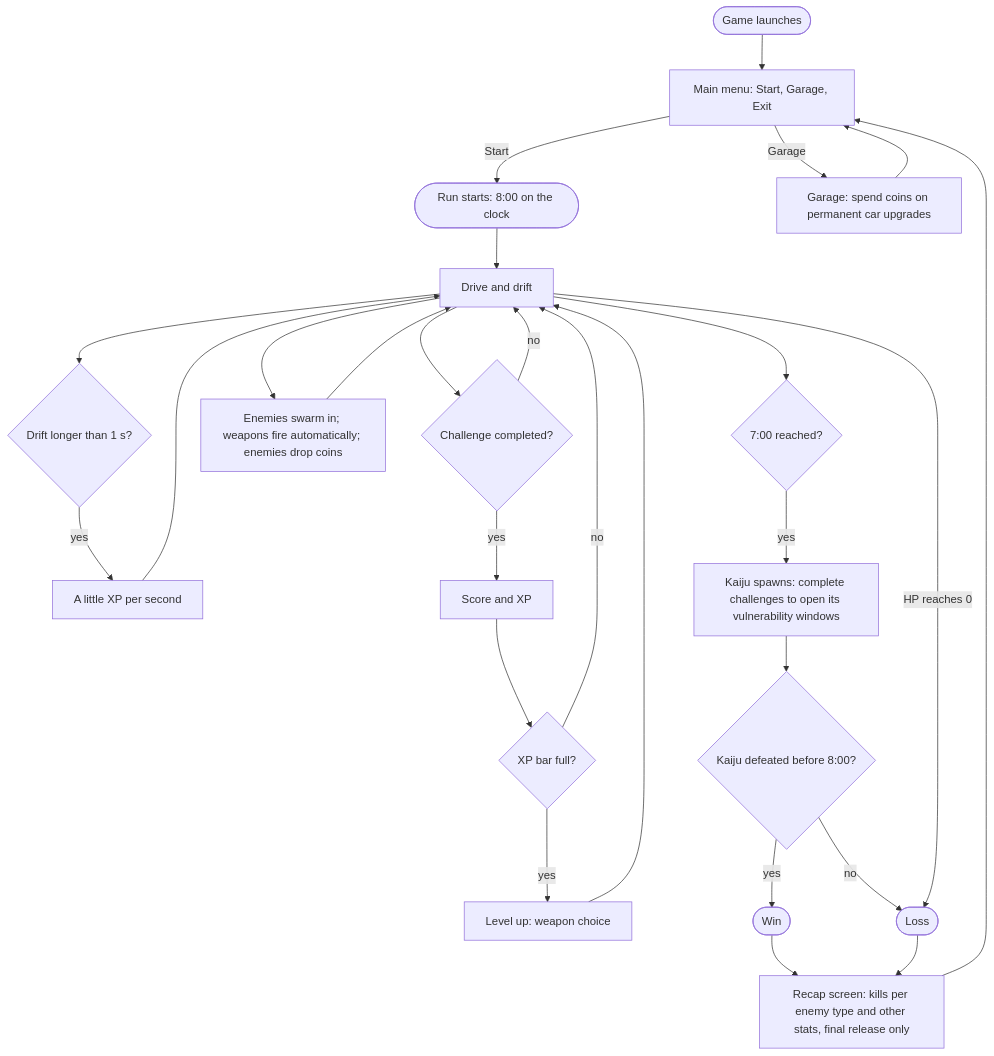
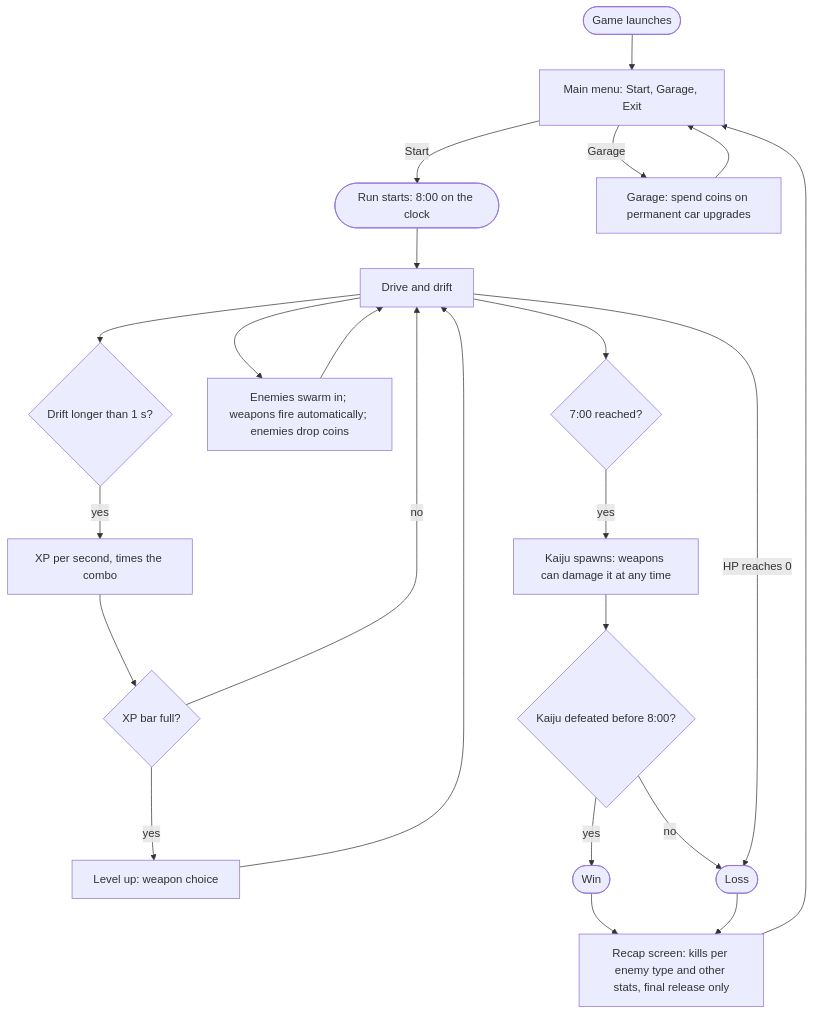
Before and after one commit to akyrat/solid-carbide-game: the diagram in docs/game-loop-architecture.md, drawn with Mermaid. The commit also changed other lines of this file and 25 other files, not shown here.

First line of the commit message:
Challenges left out of the MVP; the kaiju is always vulnerable

````diff
--- a/docs/game-loop-architecture.md
+++ b/docs/game-loop-architecture.md
@@ -41,24 +42,21 @@
 ```mermaid
 flowchart TD
     launch([Game launches]) --> menu
     start([Run starts: 8:00 on the clock]) --> drive[Drive and drift]
     drive --> drift{Drift longer than 1 s?}
-    drift -- yes --> dxp[A little XP per second] --> drive
-    drive --> challenge{Challenge completed?}
-    challenge -- yes --> xp[Score and XP] --> lvl{XP bar full?}
+    drift -- yes --> dxp[XP per second, times the combo] --> lvl{XP bar full?}
     lvl -- yes --> choice[Level up: weapon choice] --> drive
     lvl -- no --> drive
-    challenge -- no --> drive
     drive --> enemies[Enemies swarm in; weapons fire automatically; enemies drop coins] --> drive
     drive --> boss{7:00 reached?}
-    boss -- yes --> kaiju[Kaiju spawns: complete challenges to open its vulnerability windows]
+    boss -- yes --> kaiju[Kaiju spawns: weapons can damage it at any time]
     kaiju --> win{Kaiju defeated before 8:00?}
     win -- yes --> won([Win])
     win -- no --> lost([Loss])
     drive -- HP reaches 0 --> lost
     won --> recap[Recap screen: kills per enemy type and other stats, final release only]
     lost --> recap
     recap --> menu[Main menu: Start, Garage, Exit]
     menu -- Garage --> garage[Garage: spend coins on permanent car upgrades] --> menu
     menu -- Start --> start
 ```
````
